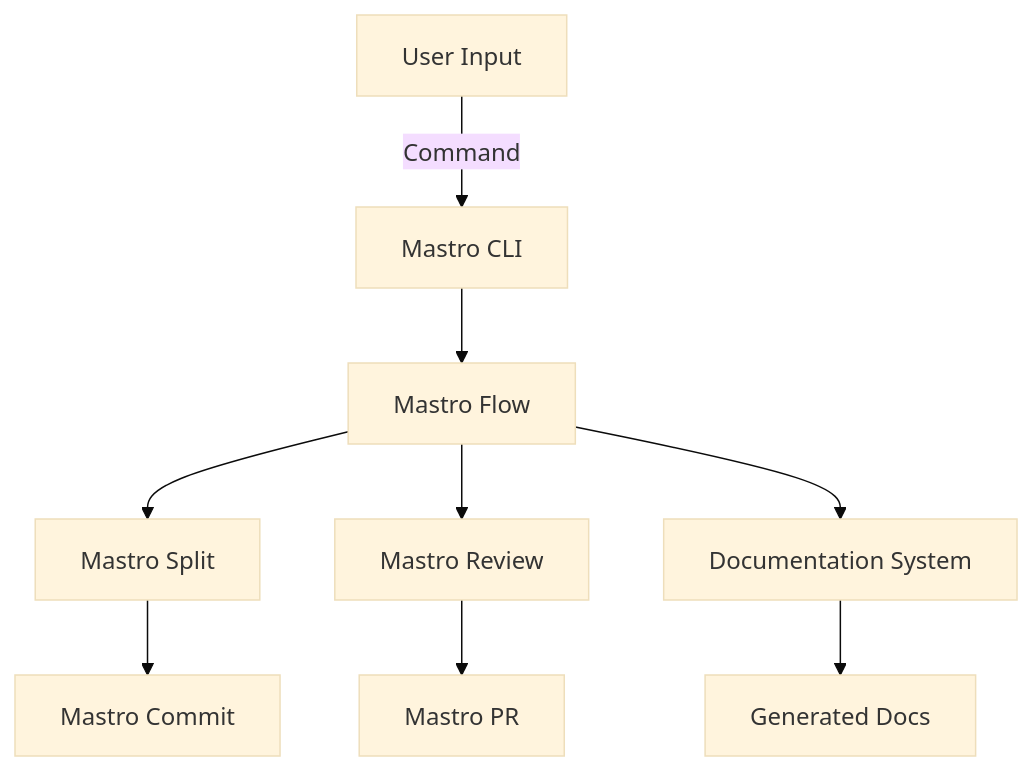
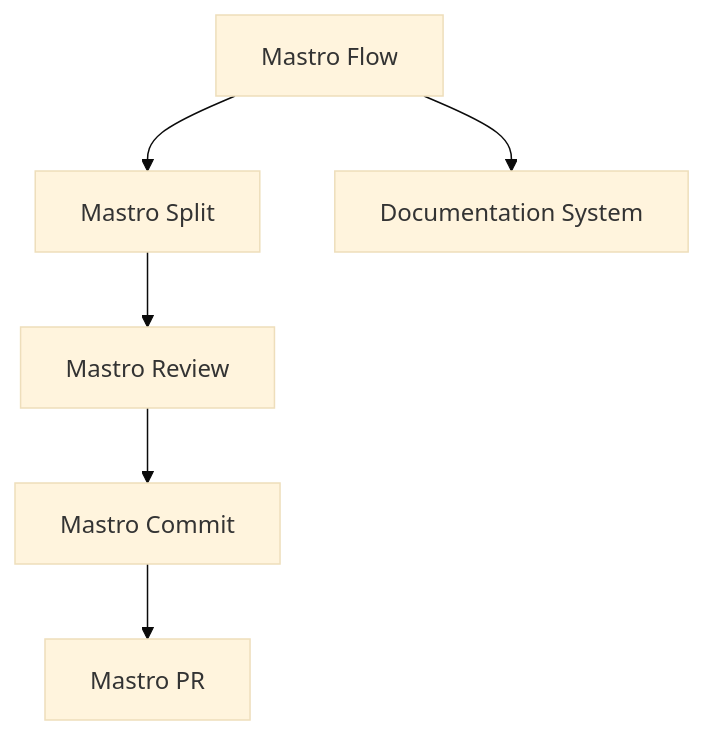
One commit to geogoesbeepboop/mastro changed the first of 3 diagrams in docs/ARCHITECTURE.md. Above: the diagram before and after it, drawn with Mermaid (base theme). The commit also changed other lines of this file and 6 other files, not shown here.

````diff
--- a/docs/ARCHITECTURE.md
+++ b/docs/ARCHITECTURE.md
@@ -37,11 +38,8 @@
 ```mermaid
 graph TD;
-    A[User Input] -->|Command| B[Mastro CLI];
-    B --> C[Mastro Flow];
-    C --> D[Mastro Split];
-    C --> E[Mastro Review];
-    D --> F[Mastro Commit];
-    E --> G[Mastro PR];
-    C --> H[Documentation System];
-    H --> I[Generated Docs];
+    A[Mastro Flow] --> B[Mastro Split];
+    B --> C[Mastro Review];
+    C --> D[Mastro Commit];
+    D --> E[Mastro PR];
+    A --> F[Documentation System];
 ```
````
